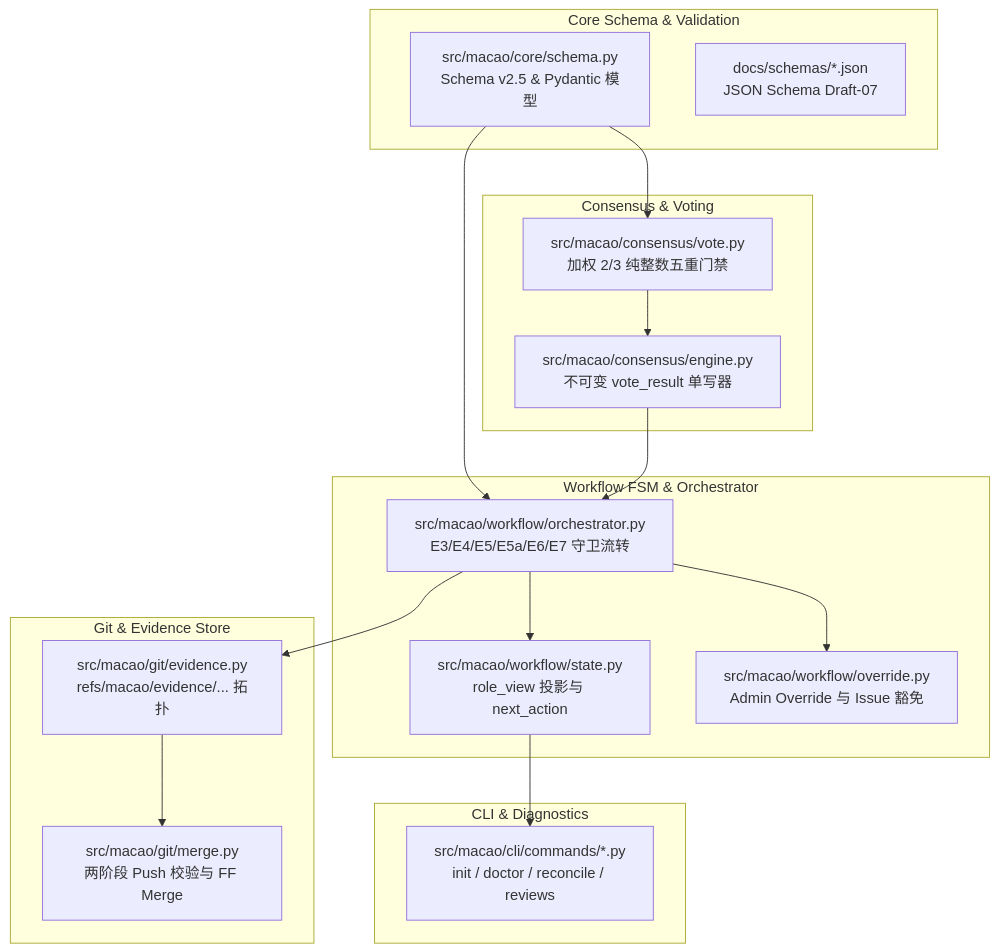
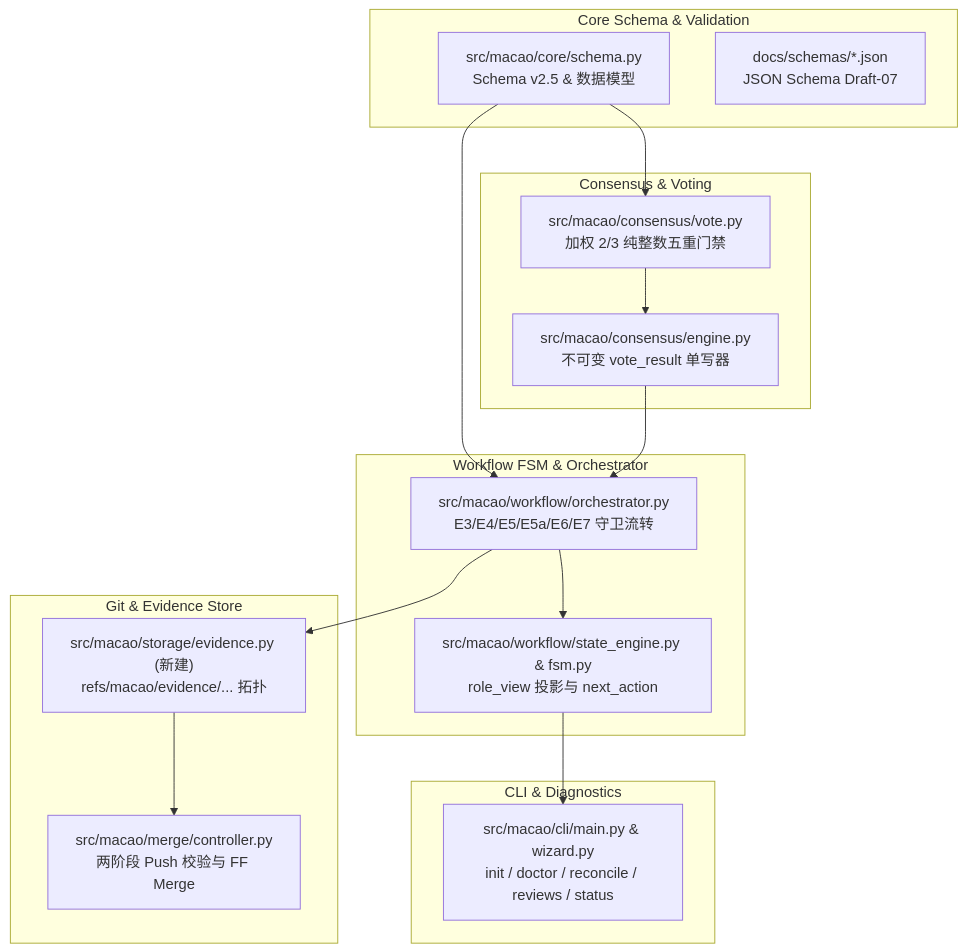
The diagram in docs/v2.5_CODE_CHANGE_INVENTORY.md (hunterlau2020/macao), drawn with Mermaid before and after one commit. The commit also changed other lines of this file and 32 other files, not shown here.

Commit message:
docs: close all 5 expert reviews on 0bc6247, align PRD v2.5 schemas and FSM guards

````diff
--- a/docs/v2.5_CODE_CHANGE_INVENTORY.md
+++ b/docs/v2.5_CODE_CHANGE_INVENTORY.md
@@ -15,37 +15,35 @@
 ```mermaid
 graph TD
     subgraph "Core Schema & Validation"
-        S1["src/macao/core/schema.py<br/>Schema v2.5 & Pydantic 模型"]
+        S1["src/macao/core/schema.py<br/>Schema v2.5 & 数据模型"]
         S2["docs/schemas/*.json<br/>JSON Schema Draft-07"]
     end
 
     subgraph "Consensus & Voting"
         C1["src/macao/consensus/vote.py<br/>加权 2/3 纯整数五重门禁"]
         C2["src/macao/consensus/engine.py<br/>不可变 vote_result 单写器"]
     end
 
     subgraph "Workflow FSM & Orchestrator"
         W1["src/macao/workflow/orchestrator.py<br/>E3/E4/E5/E5a/E6/E7 守卫流转"]
-        W2["src/macao/workflow/state.py<br/>role_view 投影与 next_action"]
-        W3["src/macao/workflow/override.py<br/>Admin Override 与 Issue 豁免"]
+        W2["src/macao/workflow/state_engine.py & fsm.py<br/>role_view 投影与 next_action"]
     end
 
     subgraph "Git & Evidence Store"
-        G1["src/macao/git/evidence.py<br/>refs/macao/evidence/... 拓扑"]
-        G2["src/macao/git/merge.py<br/>两阶段 Push 校验与 FF Merge"]
+        G1["src/macao/storage/evidence.py (新建)<br/>refs/macao/evidence/... 拓扑"]
+        G2["src/macao/merge/controller.py<br/>两阶段 Push 校验与 FF Merge"]
     end
 
     subgraph "CLI & Diagnostics"
-        L1["src/macao/cli/commands/*.py<br/>init / doctor / reconcile / reviews"]
+        L1["src/macao/cli/main.py & wizard.py<br/>init / doctor / reconcile / reviews / status"]
     end
 
     S1 --> C1
     S1 --> W1
     C1 --> C2
     C2 --> W1
     W1 --> G1
     W1 --> W2
-    W1 --> W3
     G1 --> G2
     W2 --> L1
 ```
````
